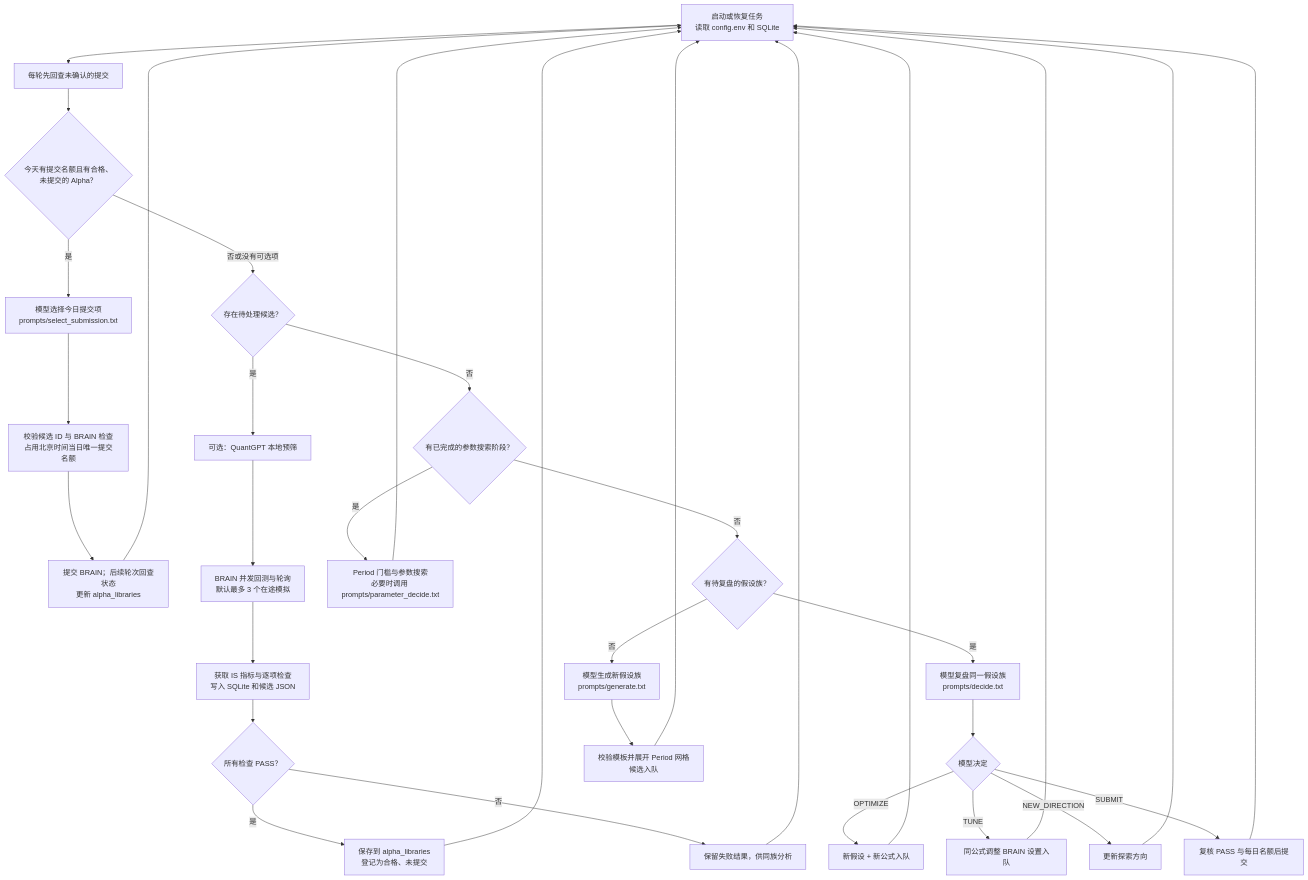
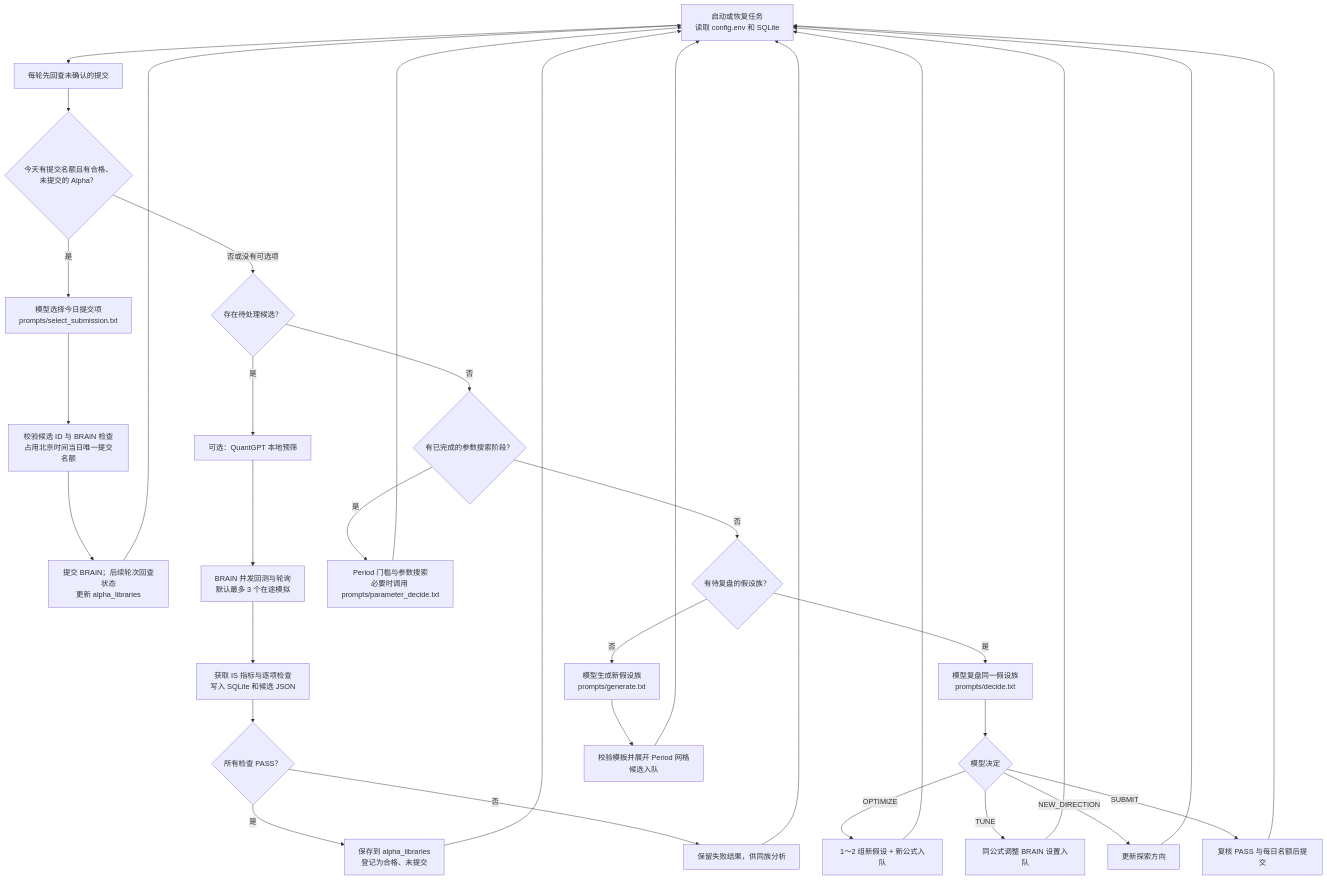
Before and after one commit to XiongChao77/Alpha-workflow: the first of 2 diagrams in research_workflow/WORKFLOW.md, drawn with Mermaid. The commit also changed other lines of this file and 12 other files, not shown here.

````diff
--- a/research_workflow/WORKFLOW.md
+++ b/research_workflow/WORKFLOW.md
@@ -7,35 +7,35 @@
 ```mermaid
 flowchart TD
     A["启动或恢复任务<br/>读取 config.env 和 SQLite"] --> B["每轮先回查未确认的提交"]
     B --> C{"今天有提交名额且有合格、未提交的 Alpha？"}
     C -- 是 --> S["模型选择今日提交项<br/>prompts/select_submission.txt"]
     S --> V["校验候选 ID 与 BRAIN 检查<br/>占用北京时间当日唯一提交名额"]
     V --> P["提交 BRAIN；后续轮次回查状态<br/>更新 alpha_libraries"]
     C -- 否或没有可选项 --> D{"存在待处理候选？"}
     P --> A
     D -- 是 --> E["可选：QuantGPT 本地预筛"]
     E --> F["BRAIN 并发回测与轮询<br/>默认最多 3 个在途模拟"]
     F --> G["获取 IS 指标与逐项检查<br/>写入 SQLite 和候选 JSON"]
     G --> H{"所有检查 PASS？"}
     H -- 是 --> I["保存到 alpha_libraries<br/>登记为合格、未提交"]
     H -- 否 --> J["保留失败结果，供同族分析"]
     I --> A
     J --> A
     D -- 否 --> K{"有已完成的参数搜索阶段？"}
     K -- 是 --> L["Period 门槛与参数搜索<br/>必要时调用 prompts/parameter_decide.txt"]
     L --> A
     K -- 否 --> M{"有待复盘的假设族？"}
     M -- 是 --> N["模型复盘同一假设族<br/>prompts/decide.txt"]
     N --> O{"模型决定"}
-    O -- OPTIMIZE --> Q["新假设 + 新公式入队"]
+    O -- OPTIMIZE --> Q["1～2 组新假设 + 新公式入队"]
     O -- TUNE --> R["同公式调整 BRAIN 设置入队"]
     O -- NEW_DIRECTION --> T["更新探索方向"]
     O -- SUBMIT --> U["复核 PASS 与每日名额后提交"]
     Q --> A
     R --> A
     T --> A
     U --> A
     M -- 否 --> W["模型生成新假设族<br/>prompts/generate.txt"]
     W --> X["校验模板并展开 Period 网格<br/>候选入队"]
     X --> A
 ```
````
